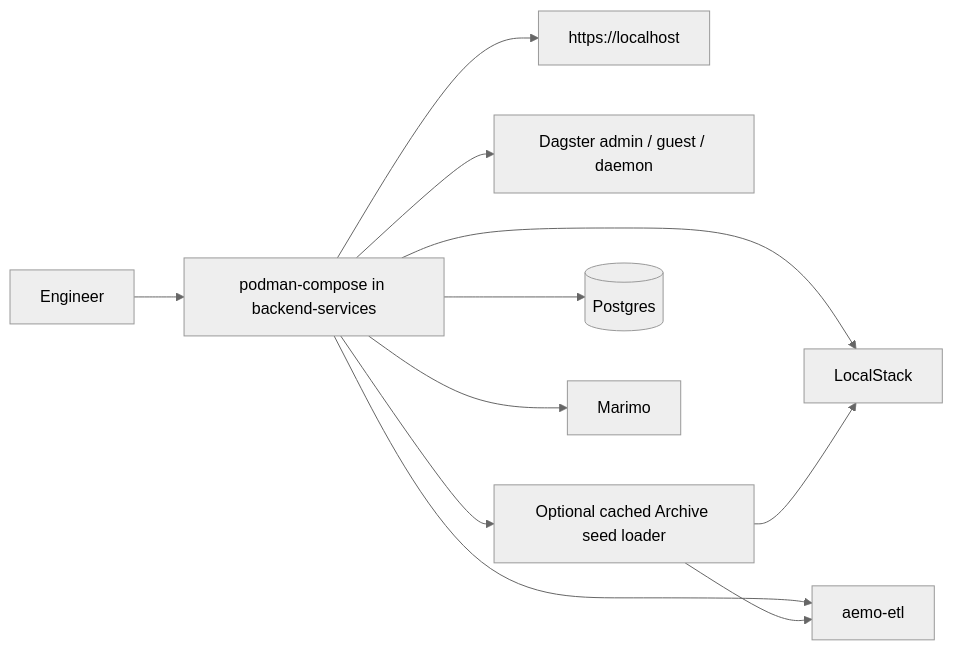
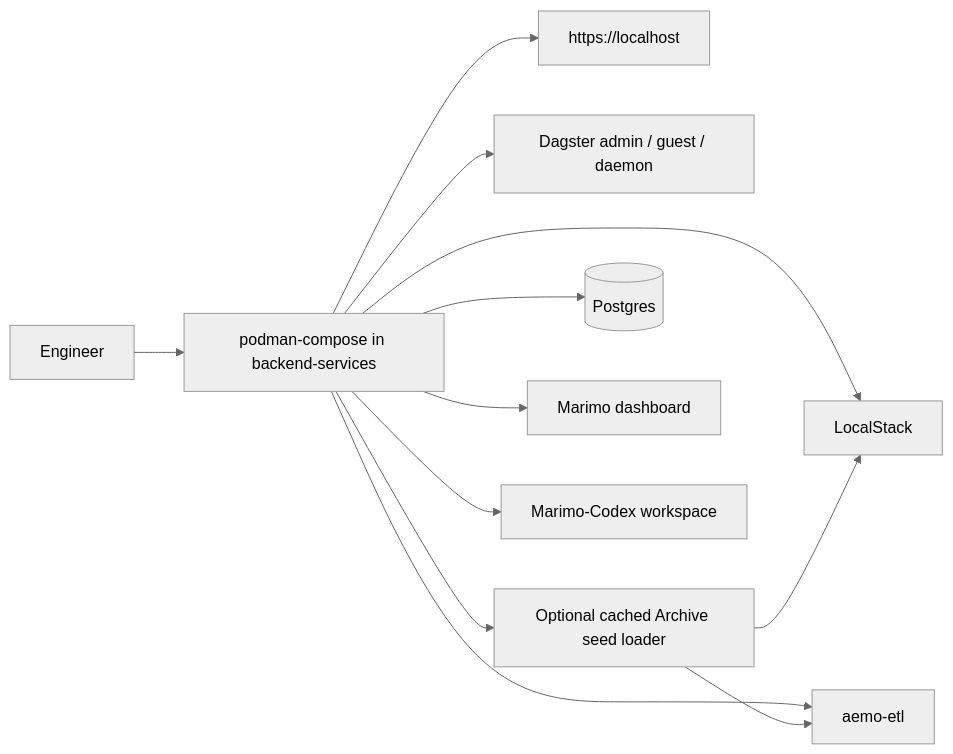
Before and after one commit to Chr1sC0de/energy-market-delta-lake: the second of 2 diagrams in docs/repository/workflow.md, drawn with Mermaid (neutral theme). The commit also changed other lines of this file and 14 other files, not shown here.

Commit message:
Implement issue #123: Split local Marimo dashboard and Marimo-Codex workspace images

````diff
--- a/docs/repository/workflow.md
+++ b/docs/repository/workflow.md
@@ -89,13 +89,14 @@
 ```mermaid
 flowchart LR
   DEV[Engineer] --> COMPOSE[podman-compose in backend-services]
   COMPOSE --> CADDY[https://localhost]
   COMPOSE --> DAGSTER[Dagster admin / guest / daemon]
   COMPOSE --> SEED[Optional cached Archive seed loader]
   COMPOSE --> USERCODE[aemo-etl]
   COMPOSE --> LOCALSTACK[LocalStack]
   COMPOSE --> PG[(Postgres)]
-  COMPOSE --> MARIMO[Marimo]
+  COMPOSE --> MARIMO_DASH[Marimo dashboard]
+  COMPOSE --> MARIMO_CODEX[Marimo-Codex workspace]
   SEED --> LOCALSTACK
   SEED --> USERCODE
 ```
````
